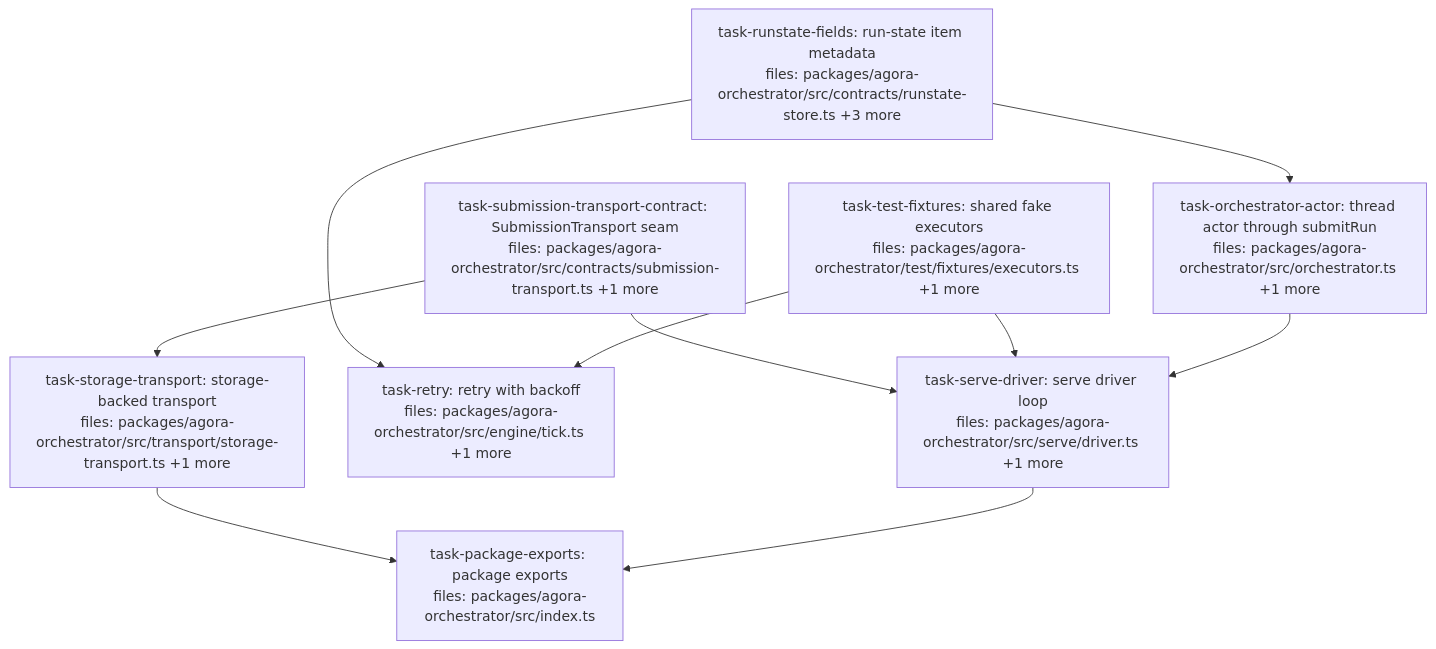
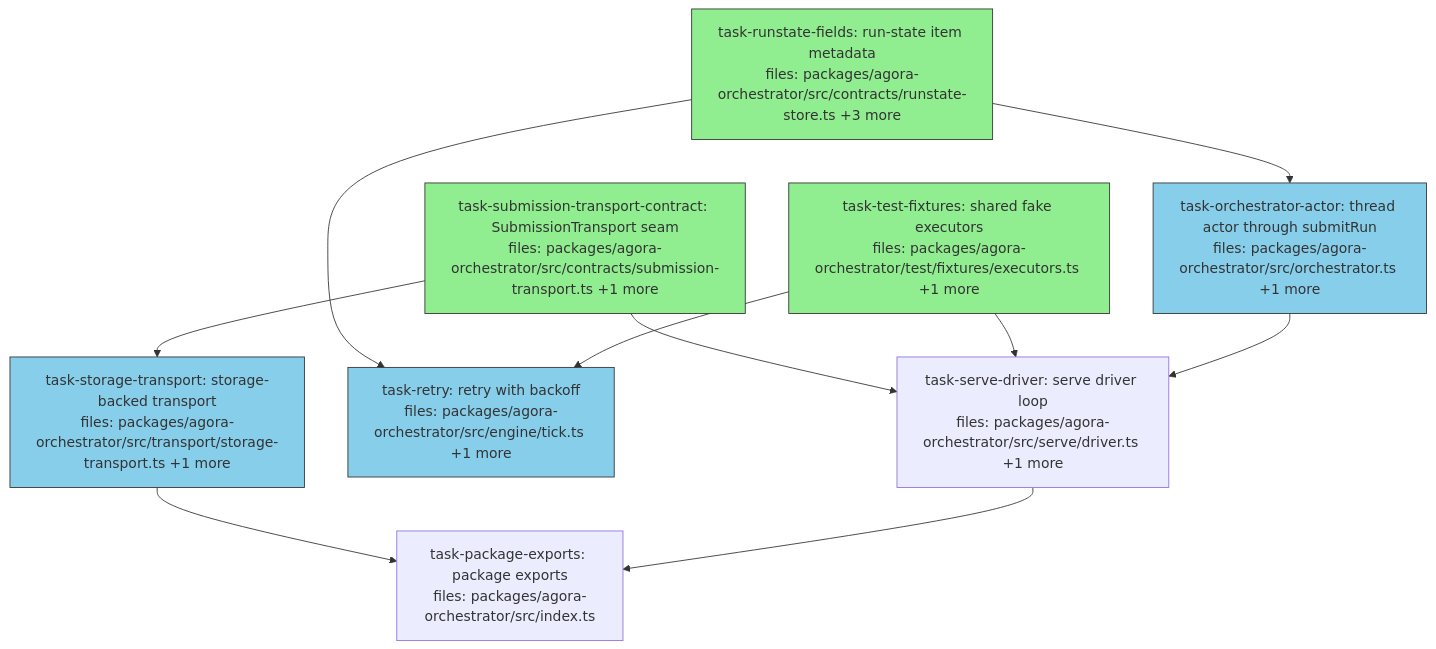
The diagram in docs/superpowers/plans/2026-05-30-agora-offload-runner-dag.md (QuarrySystems/pangolin), drawn with Mermaid before and after one commit. The commit also changed other lines of this file, not shown here.

Commit message:
chore(plan): offload-runner tick 1 done (contract, runstate, fixtures); tick 2 running

````diff
--- a/docs/superpowers/plans/2026-05-30-agora-offload-runner-dag.md
+++ b/docs/superpowers/plans/2026-05-30-agora-offload-runner-dag.md
@@ -6,27 +6,27 @@
 ```mermaid
 flowchart TD
-    task-submission-transport-contract["task-submission-transport-contract: SubmissionTransport seam<br/>files: packages/agora-orchestrator/src/contracts/submission-transport.ts +1 more"]
-    task-runstate-fields["task-runstate-fields: run-state item metadata<br/>files: packages/agora-orchestrator/src/contracts/runstate-store.ts +3 more"]
-    task-test-fixtures["task-test-fixtures: shared fake executors<br/>files: packages/agora-orchestrator/test/fixtures/executors.ts +1 more"]
-    task-storage-transport["task-storage-transport: storage-backed transport<br/>files: packages/agora-orchestrator/src/transport/storage-transport.ts +1 more"]
-    task-orchestrator-actor["task-orchestrator-actor: thread actor through submitRun<br/>files: packages/agora-orchestrator/src/orchestrator.ts +1 more"]
-    task-retry["task-retry: retry with backoff<br/>files: packages/agora-orchestrator/src/engine/tick.ts +1 more"]
+    task-submission-transport-contract["task-submission-transport-contract: SubmissionTransport seam<br/>files: packages/agora-orchestrator/src/contracts/submission-transport.ts +1 more"]:::done
+    task-runstate-fields["task-runstate-fields: run-state item metadata<br/>files: packages/agora-orchestrator/src/contracts/runstate-store.ts +3 more"]:::done
+    task-test-fixtures["task-test-fixtures: shared fake executors<br/>files: packages/agora-orchestrator/test/fixtures/executors.ts +1 more"]:::done
+    task-storage-transport["task-storage-transport: storage-backed transport<br/>files: packages/agora-orchestrator/src/transport/storage-transport.ts +1 more"]:::running
+    task-orchestrator-actor["task-orchestrator-actor: thread actor through submitRun<br/>files: packages/agora-orchestrator/src/orchestrator.ts +1 more"]:::running
+    task-retry["task-retry: retry with backoff<br/>files: packages/agora-orchestrator/src/engine/tick.ts +1 more"]:::running
     task-serve-driver["task-serve-driver: serve driver loop<br/>files: packages/agora-orchestrator/src/serve/driver.ts +1 more"]
     task-package-exports["task-package-exports: package exports<br/>files: packages/agora-orchestrator/src/index.ts"]
 
     task-submission-transport-contract --> task-storage-transport
     task-submission-transport-contract --> task-serve-driver
     task-runstate-fields --> task-orchestrator-actor
     task-runstate-fields --> task-retry
     task-test-fixtures --> task-retry
     task-test-fixtures --> task-serve-driver
     task-orchestrator-actor --> task-serve-driver
     task-storage-transport --> task-package-exports
     task-serve-driver --> task-package-exports
 
     classDef done fill:#90ee90,stroke:#333
     classDef ready fill:#fffacd,stroke:#333
     classDef running fill:#87ceeb,stroke:#333
     classDef failed fill:#ffb6c1,stroke:#333
     classDef skipped fill:#d3d3d3,stroke:#333,stroke-dasharray: 5 5
 ```
````
